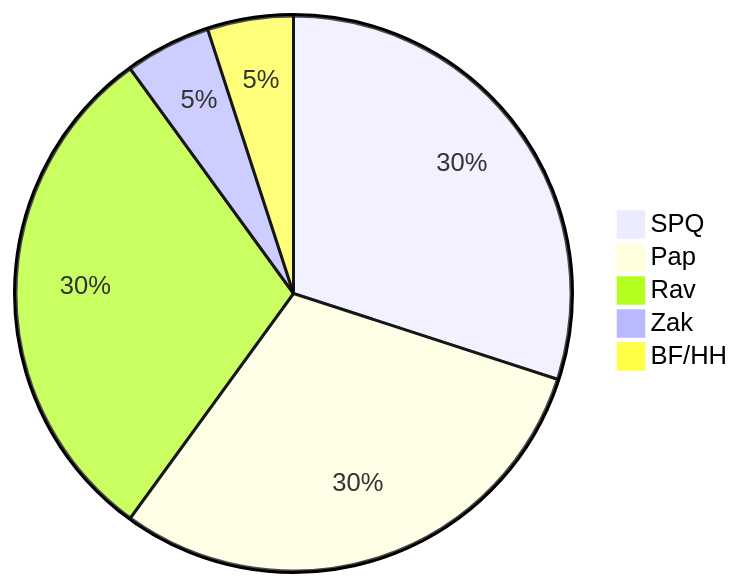
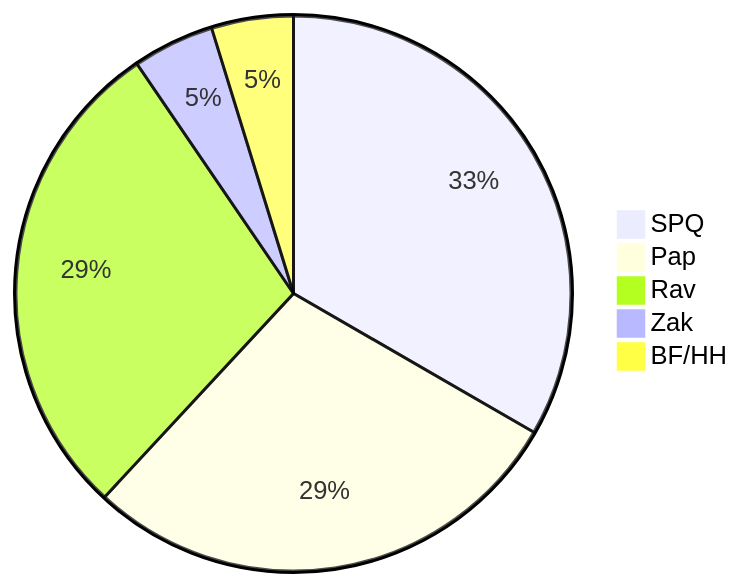
The diagram in what-s-next-for-oddjobs/q0.mmd (capreolina/gists), drawn with Mermaid before and after one commit. The commit also changed 5 other files, not shown here.

```diff
--- a/what-s-next-for-oddjobs/q0.mmd
+++ b/what-s-next-for-oddjobs/q0.mmd
@@ -1,6 +1,6 @@
 pie
-"SPQ" : 6
+"SPQ" : 7
 "Pap" : 6
 "Rav" : 6
 "Zak" : 1
 "BF/HH" : 1
```
